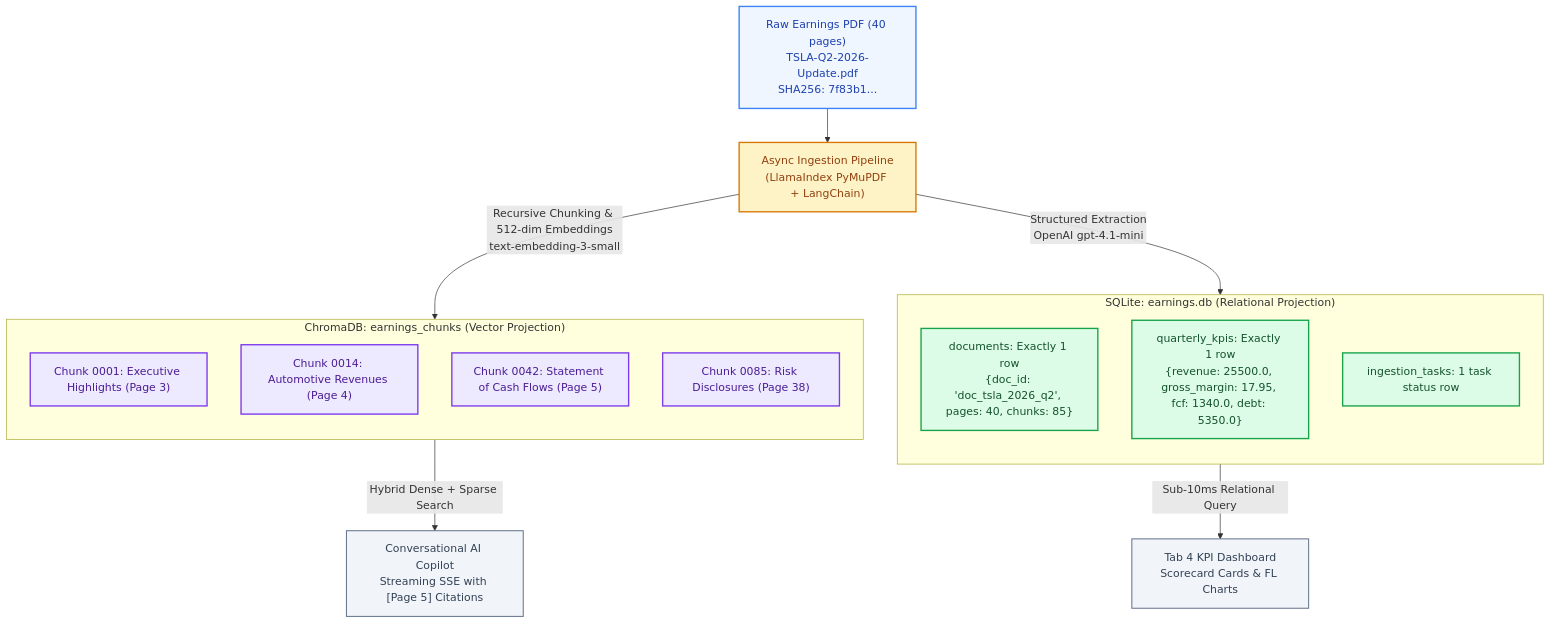
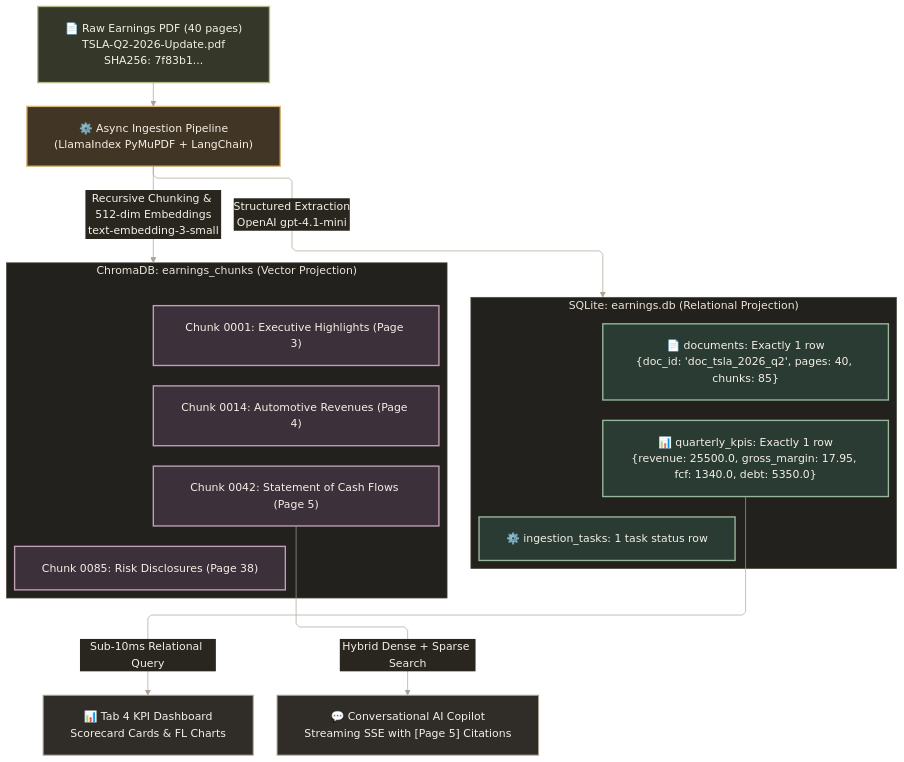
Before and after one commit to tarunkhurana2015/ai-certification-gen-academy: the tenth of 10 diagrams in week2-project-stock-ai-analyzer/ARCHITECTURE.md, drawn with Mermaid. The commit also changed other lines of this file and 22 other files, not shown here.

Commit message:
modified diagrams

````diff
--- a/week2-project-stock-ai-analyzer/ARCHITECTURE.md
+++ b/week2-project-stock-ai-analyzer/ARCHITECTURE.md
@@ -1045,33 +1171,40 @@
 ```mermaid
+%%{init: {"theme":"base","themeVariables":{"darkMode":true,"background":"#191816","primaryColor":"#34302A","primaryTextColor":"#F4EFE6","primaryBorderColor":"#C6AA76","secondaryColor":"#3C303B","secondaryTextColor":"#F4EFE6","secondaryBorderColor":"#BC9AAF","tertiaryColor":"#293B32","tertiaryTextColor":"#F4EFE6","tertiaryBorderColor":"#99B89B","lineColor":"#AAA294","textColor":"#F4EFE6","mainBkg":"#34302A","clusterBkg":"#22211E","clusterBorder":"#514B41","titleColor":"#ECE3D5","edgeLabelBackground":"#292620","actorBkg":"#34302A","actorBorder":"#C6AA76","actorTextColor":"#F4EFE6","actorLineColor":"#8F8679","signalColor":"#D6BA87","signalTextColor":"#ECE3D5","labelBoxBkgColor":"#3C303B","labelBoxBorderColor":"#BC9AAF","labelTextColor":"#F4EFE6","loopTextColor":"#E0CEDB","noteBkgColor":"#413526","noteTextColor":"#F1DEC0","noteBorderColor":"#D7B77A","activationBkgColor":"#293B32","activationBorderColor":"#99B89B","sequenceNumberColor":"#191816","fontFamily":"Arial, Helvetica, sans-serif","fontSize":"16px"},"themeCSS":"& { background-color: #191816; } .node rect, .node polygon, .node path, .node circle { stroke-width: 1.5px; } .node rect { rx: 9px; ry: 9px; } .cluster rect { rx: 12px; ry: 12px; } .cluster-label span { font-weight: 600; } .edgeLabel { color: #E9DECC; } .flowchart-link { stroke-width: 1.5px; } text, .label, .nodeLabel, .cluster-label, .edgeLabel, foreignObject, p, span { font-family: Arial, Helvetica, sans-serif !important; }","layout":"elk","elk":{"mergeEdges":true,"nodePlacementStrategy":"NETWORK_SIMPLEX","cycleBreakingStrategy":"GREEDY","forceNodeModelOrder":false},"flowchart":{"curve":"linear","nodeSpacing":36,"rankSpacing":64,"padding":20,"wrappingWidth":340,"useMaxWidth":true,"htmlLabels":true}}}%%
 flowchart TD
-    classDef pdf fill:#EFF6FF,stroke:#3B82F6,stroke-width:2px,color:#1E40AF
-    classDef worker fill:#FEF3C7,stroke:#D97706,stroke-width:2px,color:#92400E
-    classDef sqlite fill:#DCFCE7,stroke:#16A34A,stroke-width:2px,color:#14532D
-    classDef chroma fill:#EDE9FE,stroke:#7C3AED,stroke-width:2px,color:#4C1D95
-    classDef app fill:#F1F5F9,stroke:#64748B,stroke-width:1.5px,color:#334155
+    classDef pdf fill:#353829,stroke:#B1BB89,stroke-width:2px,color:#F4EFE6
+    classDef worker fill:#413526,stroke:#D7B77A,stroke-width:2px,color:#F4EFE6
+    classDef sqlite fill:#293B32,stroke:#99B89B,stroke-width:2px,color:#F4EFE6
+    classDef chroma fill:#3C303B,stroke:#C1A0B7,stroke-width:2px,color:#F4EFE6
+    classDef app fill:#302D28,stroke:#AAA294,stroke-width:1.5px,color:#F4EFE6
 
-    PDF["Raw Earnings PDF (40 pages)<br/>TSLA-Q2-2026-Update.pdf<br/>SHA256: 7f83b1..."]:::pdf
+    PDF["📄 Raw Earnings PDF (40 pages)<br/>TSLA-Q2-2026-Update.pdf<br/>SHA256: 7f83b1..."]:::pdf
 
-    PDF --> IngestPipe["Async Ingestion Pipeline<br/>(LlamaIndex PyMuPDF + LangChain)"]:::worker
+    PDF --> IngestPipe["⚙️ Async Ingestion Pipeline<br/>(LlamaIndex PyMuPDF + LangChain)"]:::worker
 
     IngestPipe -->|Structured Extraction<br/>OpenAI gpt-4.1-mini| SQLiteStore
     IngestPipe -->|Recursive Chunking & 512-dim Embeddings<br/>text-embedding-3-small| ChromaStore
 
     subgraph SQLiteStore["SQLite: earnings.db (Relational Projection)"]
         direction TB
-        RowDoc["documents: Exactly 1 row<br/>{doc_id: 'doc_tsla_2026_q2', pages: 40, chunks: 85}"]:::sqlite
-        RowKPI["quarterly_kpis: Exactly 1 row<br/>{revenue: 25500.0, gross_margin: 17.95, fcf: 1340.0, debt: 5350.0}"]:::sqlite
-        RowTask["ingestion_tasks: 1 task status row"]:::sqlite
+        RowDoc["📄 documents: Exactly 1 row<br/>{doc_id: 'doc_tsla_2026_q2', pages: 40, chunks: 85}"]:::sqlite
+        RowKPI["📊 quarterly_kpis: Exactly 1 row<br/>{revenue: 25500.0, gross_margin: 17.95, fcf: 1340.0, debt: 5350.0}"]:::sqlite
+        RowTask["⚙️ ingestion_tasks: 1 task status row"]:::sqlite
     end
 
     subgraph ChromaStore["ChromaDB: earnings_chunks (Vector Projection)"]
         direction TB
         C1["Chunk 0001: Executive Highlights (Page 3)"]:::chroma
         C2["Chunk 0014: Automotive Revenues (Page 4)"]:::chroma
         C3["Chunk 0042: Statement of Cash Flows (Page 5)"]:::chroma
         C4["Chunk 0085: Risk Disclosures (Page 38)"]:::chroma
     end
 
-    RowKPI -->|Sub-10ms Relational Query| Dash["Tab 4 KPI Dashboard<br/>Scorecard Cards & FL Charts"]:::app
-    C3 -->|Hybrid Dense + Sparse Search| Chat["Conversational AI Copilot<br/>Streaming SSE with [Page 5] Citations"]:::app
+    RowKPI -->|Sub-10ms Relational Query| Dash["📊 Tab 4 KPI Dashboard<br/>Scorecard Cards & FL Charts"]:::app
+    C3 -->|Hybrid Dense + Sparse Search| Chat["💬 Conversational AI Copilot<br/>Streaming SSE with [Page 5] Citations"]:::app
+
+    classDef default fill:#34302A,stroke:#C6AA76,color:#F4EFE6
+    linkStyle default stroke:#AAA294
+    %% Invisible guides stack the original records and chunks.
+    RowDoc ~~~ RowKPI ~~~ RowTask
+    C1 ~~~ C2 ~~~ C3 ~~~ C4
 ```
````
